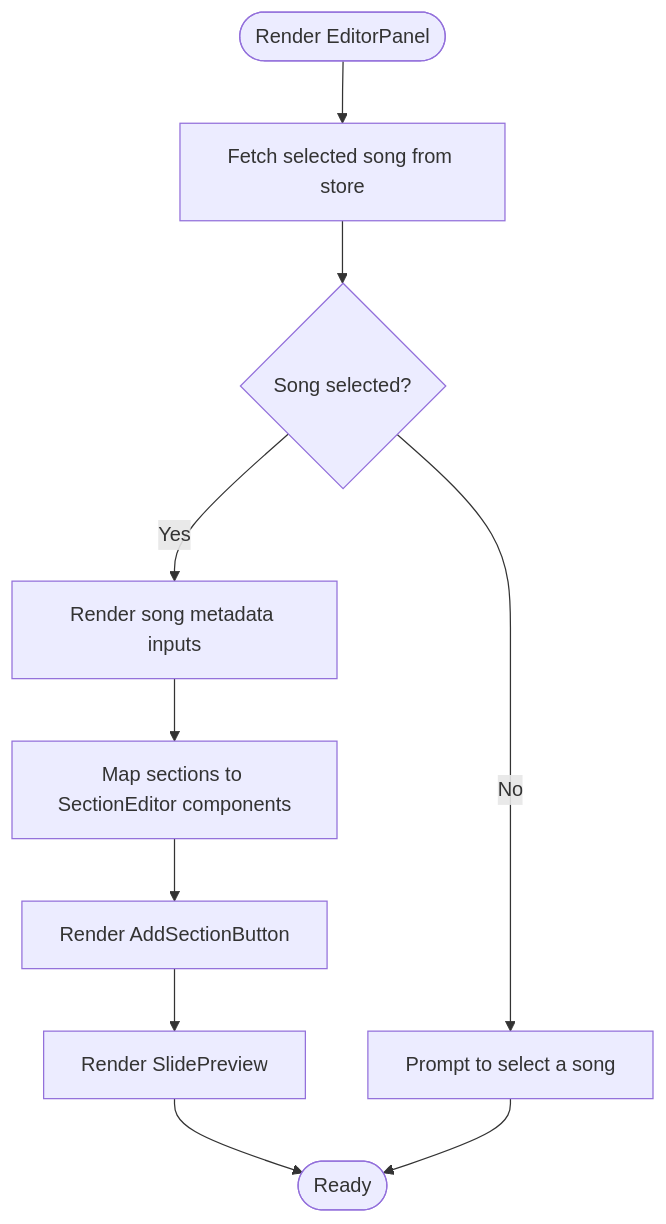
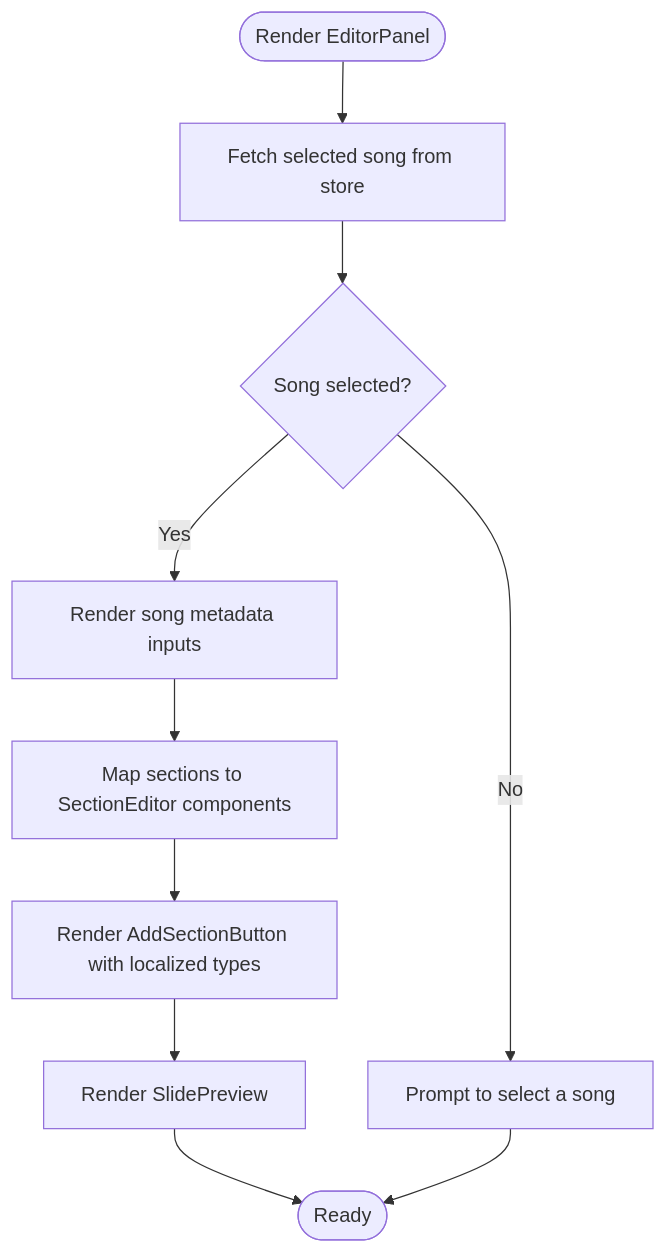
Before and after one commit to jimmywyk/lyricdeck: the third of 9 diagrams in .qoder/repowiki/en/content/User Interface Components/Editor Panel Component.md, drawn with Mermaid. The commit also changed other lines of this file and 11 other files, not shown here.

````diff
--- a/.qoder/repowiki/en/content/User Interface Components/Editor Panel Component.md
+++ b/.qoder/repowiki/en/content/User Interface Components/Editor Panel Component.md
@@ -131,12 +146,12 @@
 ```mermaid
 flowchart TD
 Start(["Render EditorPanel"]) --> FetchSong["Fetch selected song from store"]
 FetchSong --> HasSong{"Song selected?"}
 HasSong --> |No| PromptSelect["Prompt to select a song"]
 HasSong --> |Yes| RenderMeta["Render song metadata inputs"]
 RenderMeta --> RenderSections["Map sections to SectionEditor components"]
-RenderSections --> AddSection["Render AddSectionButton"]
+RenderSections --> AddSection["Render AddSectionButton with localized types"]
 AddSection --> Preview["Render SlidePreview"]
 Preview --> End(["Ready"])
 PromptSelect --> End
 ```
````
